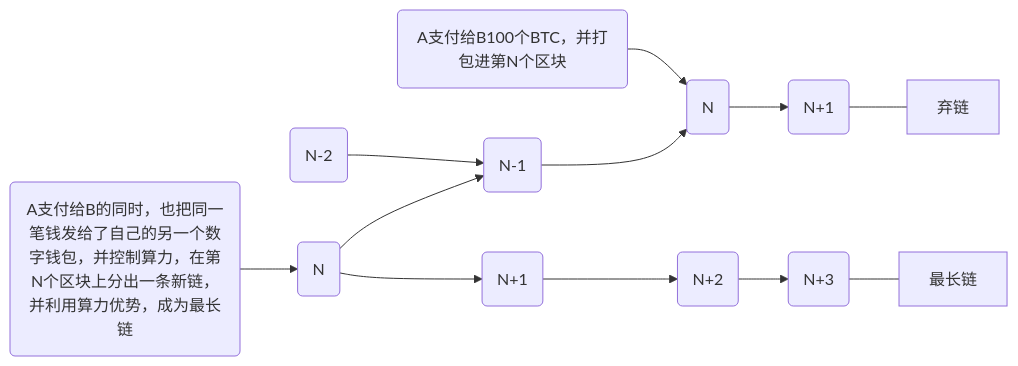
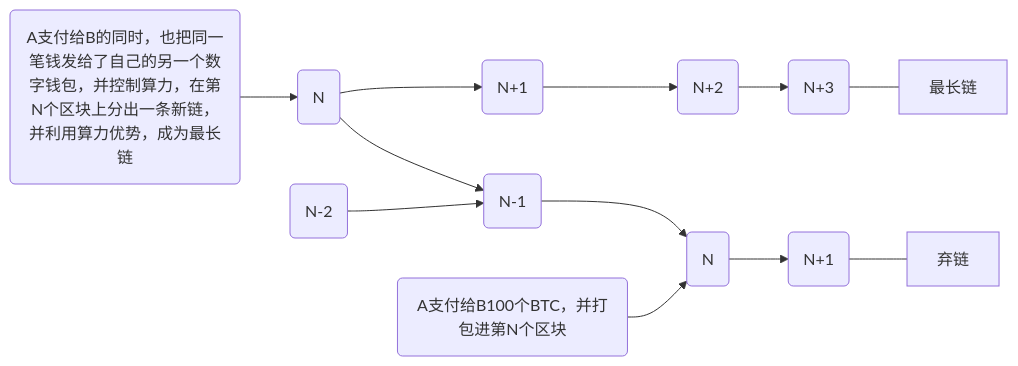
Before and after one commit to darcy-fzh/darcy-fzh.github.io: the fourth of 4 diagrams in _posts/2022-07-09-区块链2.md, drawn with Mermaid. The commit also changed other lines of this file, not shown here.

````diff
--- a/_posts/2022-07-09-区块链2.md
+++ b/_posts/2022-07-09-区块链2.md
@@ -146,24 +146,24 @@
 ```mermaid
 graph LR
   A("A支付给B100个BTC，并打包进第N个区块")
   B("A支付给B的同时，也把同一笔钱发给了自己的另一个数字钱包，并控制算力，在第N个区块上分出一条新链，并利用算力优势，成为最长链")
   C(N-2)
   D(N-1) 
   E(N)
   F(N+1)
   G(N)
   H(N+1) 
   I(N+2)
   J(N+3)
-  C-->D
-  D-->E
-  E-->F
-  F---弃链
   G-->H
   H-->I
   I-->J
   G-->D
   J---最长链
+  C-->D
+  D-->E
+  E-->F
+  F---弃链
   A-->E
   B-->G
 ```
````
